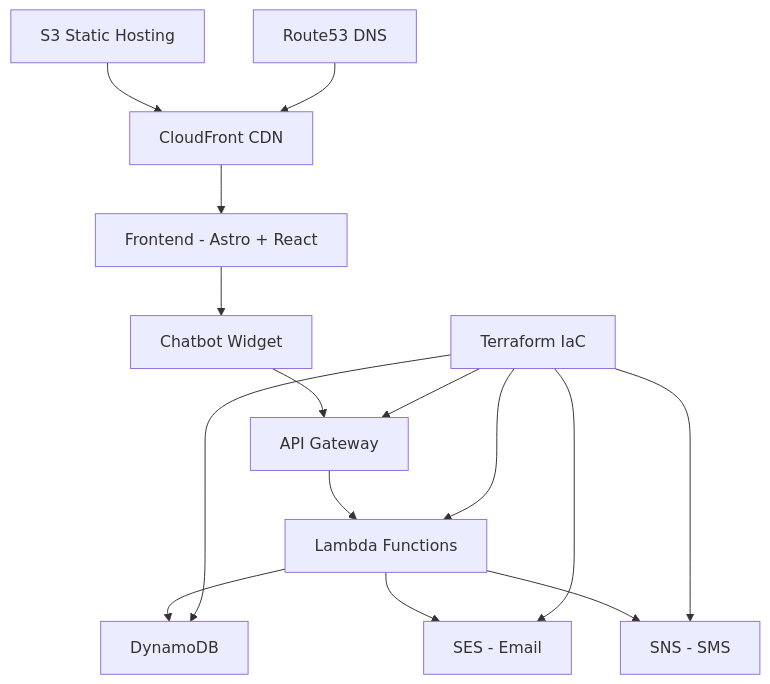
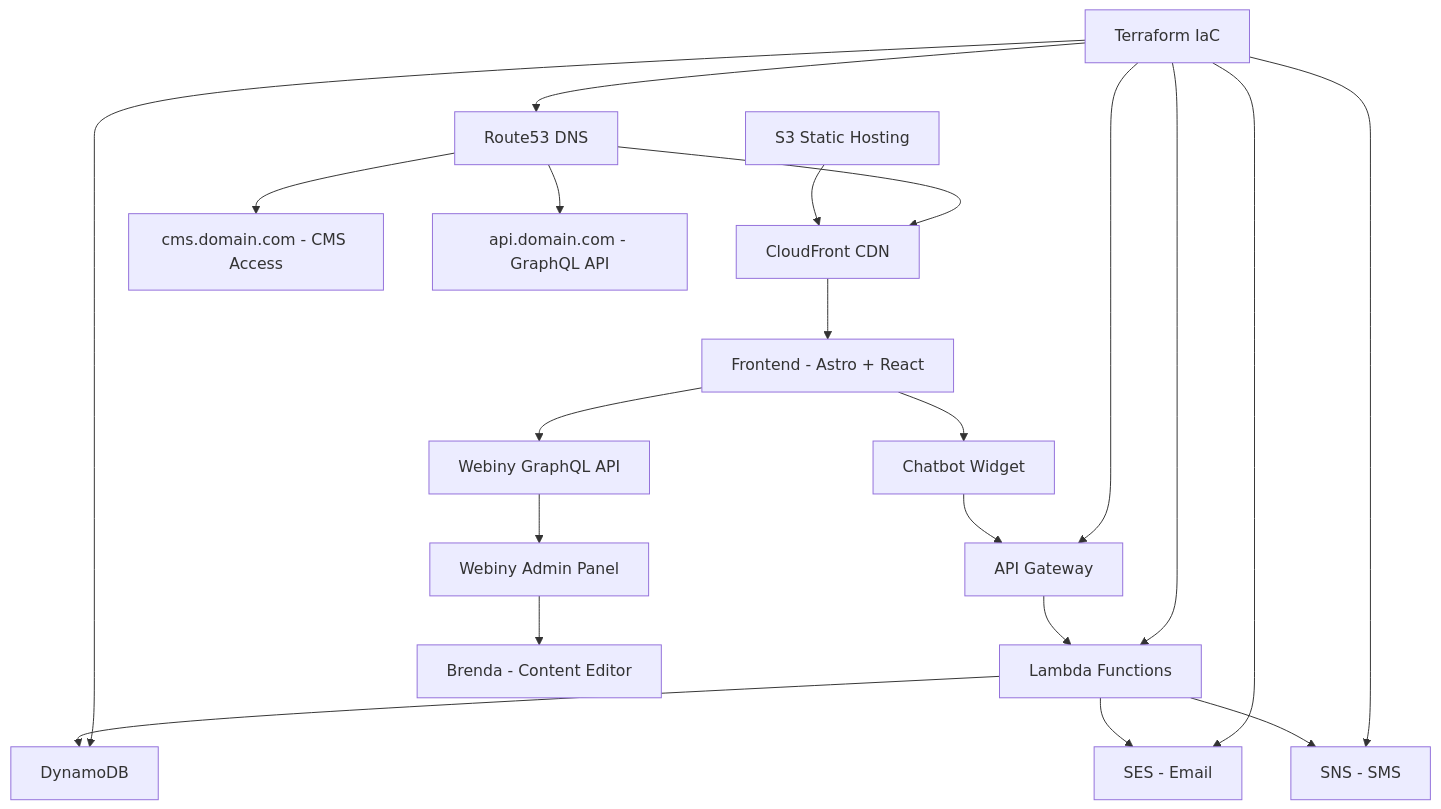
Before and after one commit to KrisRz/brenda-nails-studio: the diagram in Readme.md, drawn with Mermaid. The commit also changed other lines of this file and 42 other files, not shown here.

````diff
--- a/Readme.md
+++ b/Readme.md
@@ -50,19 +62,26 @@
 ```mermaid
 graph TB
     A[Frontend - Astro + React] --> B[Chatbot Widget]
+    A --> L[Webiny GraphQL API]
     B --> C[API Gateway]
     C --> D[Lambda Functions]
     D --> E[DynamoDB]
     D --> F[SES - Email]
     D --> G[SNS - SMS]
     
+    L --> M[Webiny Admin Panel]
+    M --> N[Brenda - Content Editor]
+    
     H[CloudFront CDN] --> A
     I[S3 Static Hosting] --> H
     J[Route53 DNS] --> H
+    J --> O[cms.domain.com - CMS Access]
+    J --> P[api.domain.com - GraphQL API]
     
     K[Terraform IaC] --> C
     K --> D
     K --> E
     K --> F
     K --> G
+    K --> J
 ```
````
